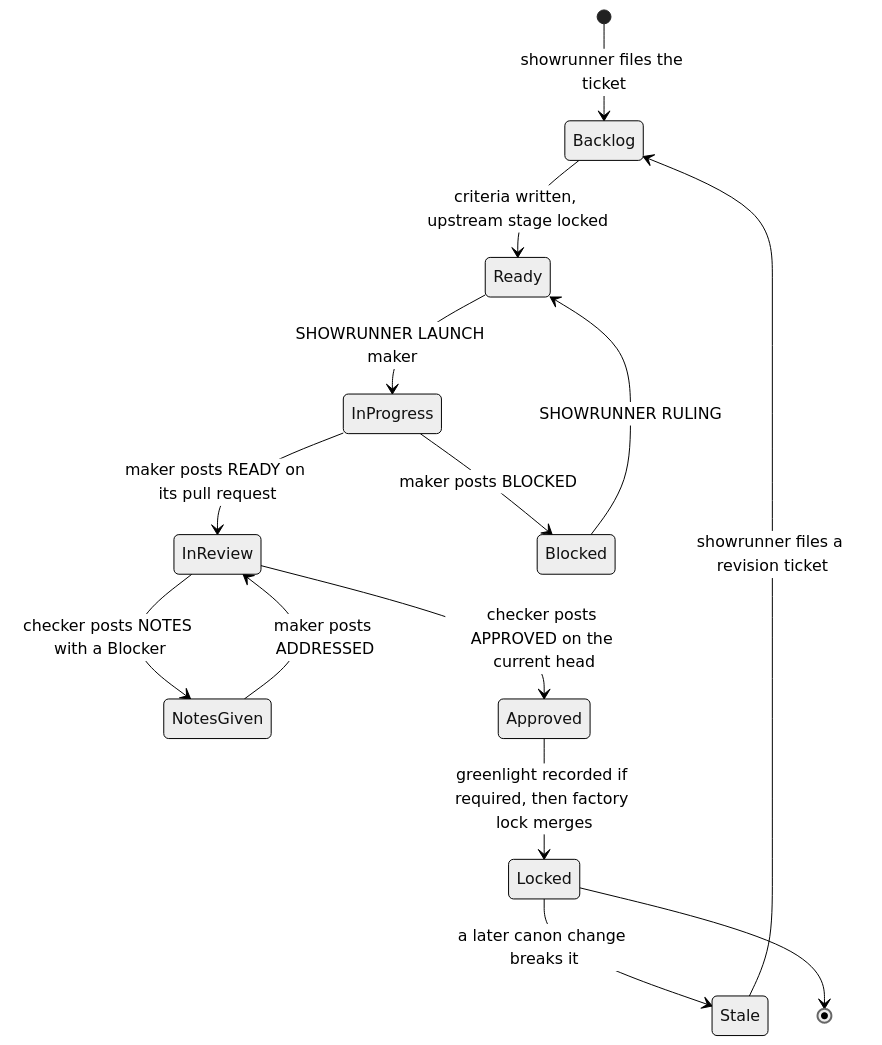
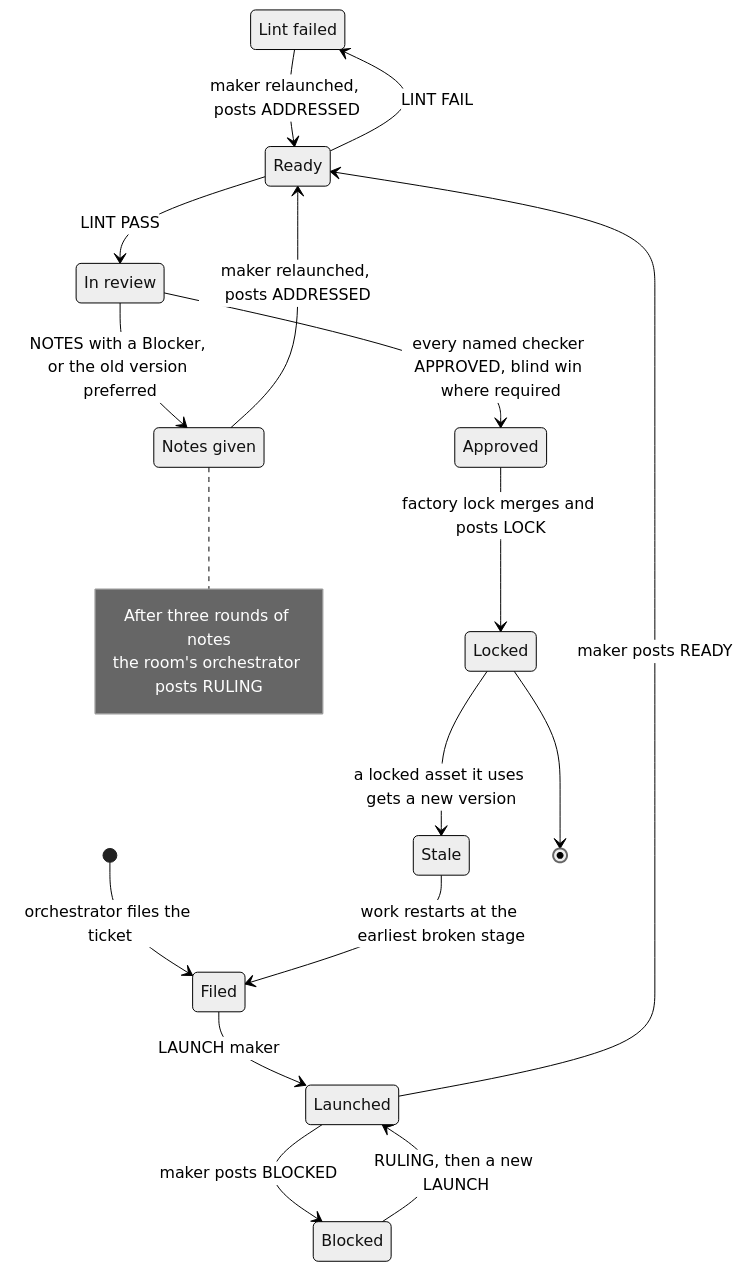
Diagram 14 of 22 in docs/architecture.md (abel30567/enrico-factory), drawn with Mermaid (neutral theme) before and after one commit. The commit also changed other lines of this file and 1 other file, not shown here.

Commit message:
Redraw the architecture to v1 and resolve the ambiguities the diagrams exposed in the brief.

````diff
--- a/docs/architecture.md
+++ b/docs/architecture.md
@@ -241,16 +511,25 @@
 ```mermaid
 stateDiagram-v2
-  [*] --> Backlog: showrunner files the ticket
-  Backlog --> Ready: criteria written, upstream stage locked
-  Ready --> InProgress: SHOWRUNNER LAUNCH maker
-  InProgress --> InReview: maker posts READY on its pull request
-  InProgress --> Blocked: maker posts BLOCKED
-  Blocked --> Ready: SHOWRUNNER RULING
-  InReview --> NotesGiven: checker posts NOTES with a Blocker
-  NotesGiven --> InReview: maker posts ADDRESSED
-  InReview --> Approved: checker posts APPROVED on the current head
-  Approved --> Locked: greenlight recorded if required, then factory lock merges
-  Locked --> Stale: a later canon change breaks it
-  Stale --> Backlog: showrunner files a revision ticket
+  state "Lint failed" as LintFailed
+  state "In review" as InReview
+  state "Notes given" as Notes
+  [*] --> Filed: orchestrator files the ticket
+  Filed --> Launched: LAUNCH maker
+  Launched --> Ready: maker posts READY
+  Launched --> Blocked: maker posts BLOCKED
+  Blocked --> Launched: RULING, then a new LAUNCH
+  Ready --> LintFailed: LINT FAIL
+  Ready --> InReview: LINT PASS
+  LintFailed --> Ready: maker relaunched, posts ADDRESSED
+  InReview --> Notes: NOTES with a Blocker, or the old version preferred
+  Notes --> Ready: maker relaunched, posts ADDRESSED
+  InReview --> Approved: every named checker APPROVED, blind win where required
+  Approved --> Locked: factory lock merges and posts LOCK
+  Locked --> Stale: a locked asset it uses gets a new version
+  Stale --> Filed: work restarts at the earliest broken stage
   Locked --> [*]
+  note right of Notes
+    After three rounds of notes
+    the room's orchestrator posts RULING
+  end note
 ```
````
